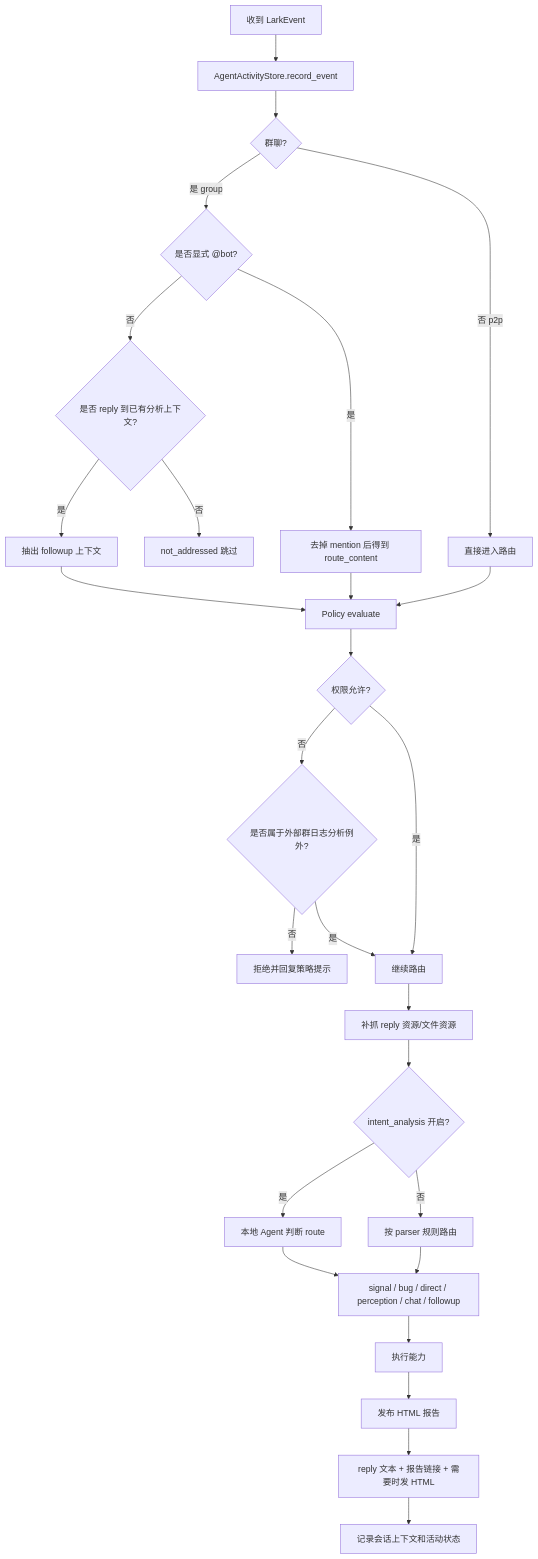
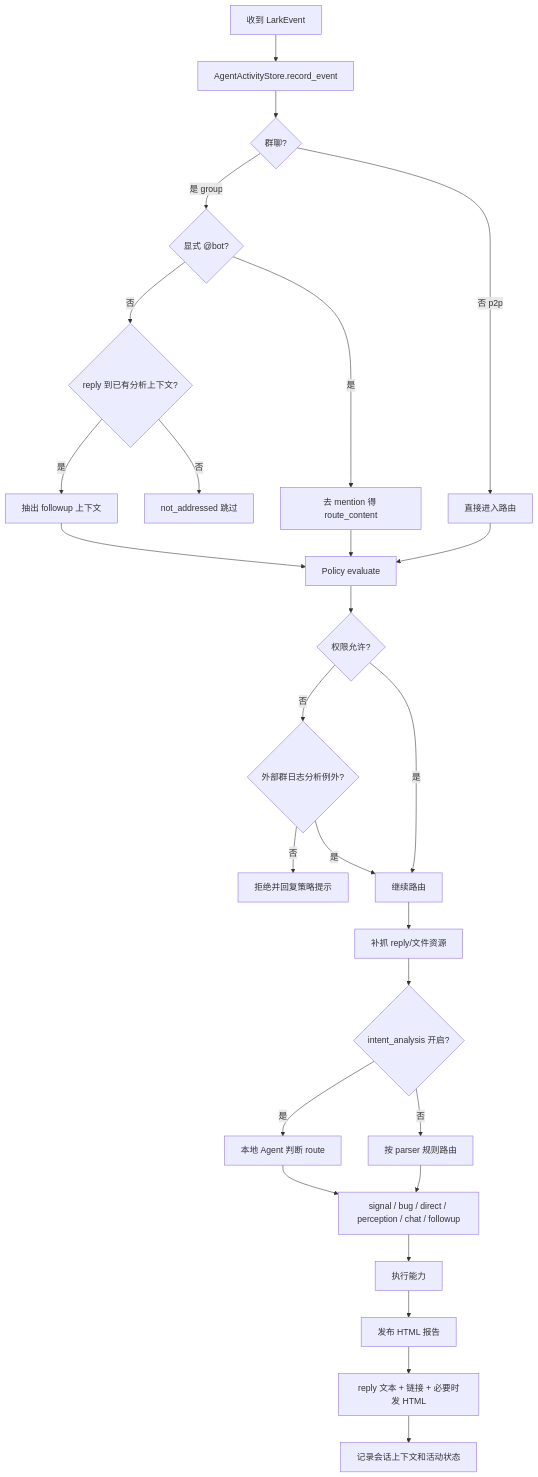
Before and after one commit to zhuyunlong/lark-agent-bridge: the second of 5 diagrams in docs/project-overview-architecture.md, drawn with Mermaid. The commit also changed other lines of this file and 12 other files, not shown here.

Commit message:
refactor: align fork architecture cleanup

````diff
--- a/docs/project-overview-architecture.md
+++ b/docs/project-overview-architecture.md
@@ -119,35 +211,29 @@
 ```mermaid
 flowchart TD
     A[收到 LarkEvent] --> B[AgentActivityStore.record_event]
     B --> C{群聊?}
-
     C -- 否 p2p --> D[直接进入路由]
-    C -- 是 group --> E{是否显式 @bot?}
-    E -- 否 --> F{是否 reply 到已有分析上下文?}
+    C -- 是 group --> E{显式 @bot?}
+    E -- 否 --> F{reply 到已有分析上下文?}
     F -- 否 --> G[not_addressed 跳过]
     F -- 是 --> H[抽出 followup 上下文]
-    E -- 是 --> I[去掉 mention 后得到 route_content]
-
+    E -- 是 --> I[去 mention 得 route_content]
     H --> J[Policy evaluate]
     I --> J
     D --> J
-
     J --> K{权限允许?}
-    K -- 否 --> L{是否属于外部群日志分析例外?}
-    L -- 否 --> M[拒绝并回复策略提示]
+    K -- 否 --> L{外部群日志分析例外?}
+    L -- 否 --> Mr[拒绝并回复策略提示]
     L -- 是 --> N[继续路由]
     K -- 是 --> N
-
-    N --> O[补抓 reply 资源/文件资源]
+    N --> O[补抓 reply/文件资源]
     O --> P{intent_analysis 开启?}
     P -- 是 --> Q[本地 Agent 判断 route]
     P -- 否 --> R[按 parser 规则路由]
-
     Q --> S[signal / bug / direct / perception / chat / followup]
     R --> S
-
-    S --> T[执行能力]
-    T --> U[发布 HTML 报告]
-    U --> V[reply 文本 + 报告链接 + 需要时发 HTML]
-    V --> W[记录会话上下文和活动状态]
+    S --> Tt[执行能力]
+    Tt --> U[发布 HTML 报告]
+    U --> V[reply 文本 + 链接 + 必要时发 HTML]
+    V --> Wr[记录会话上下文和活动状态]
 ```
````
